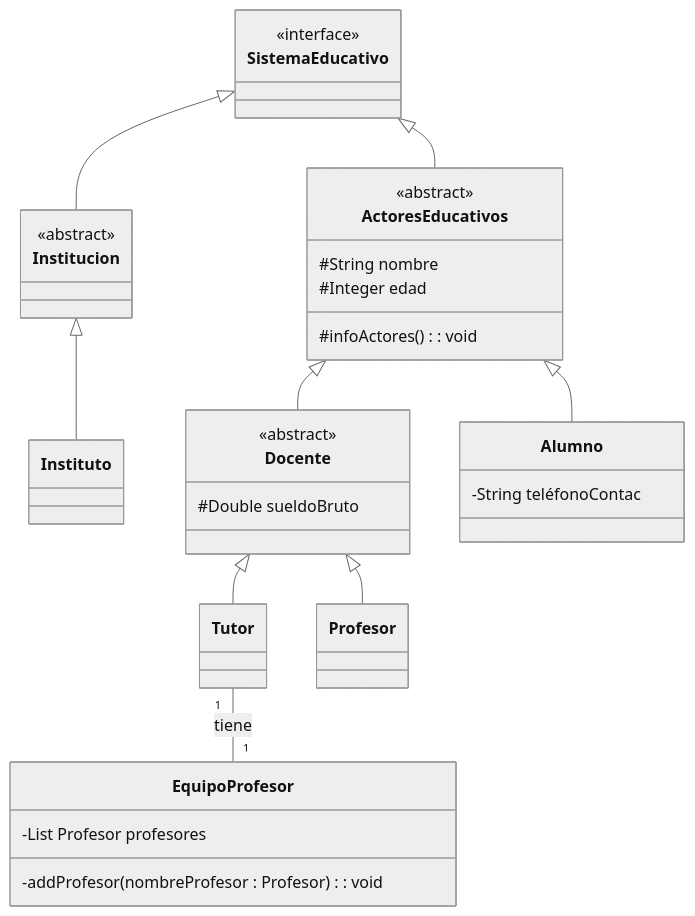
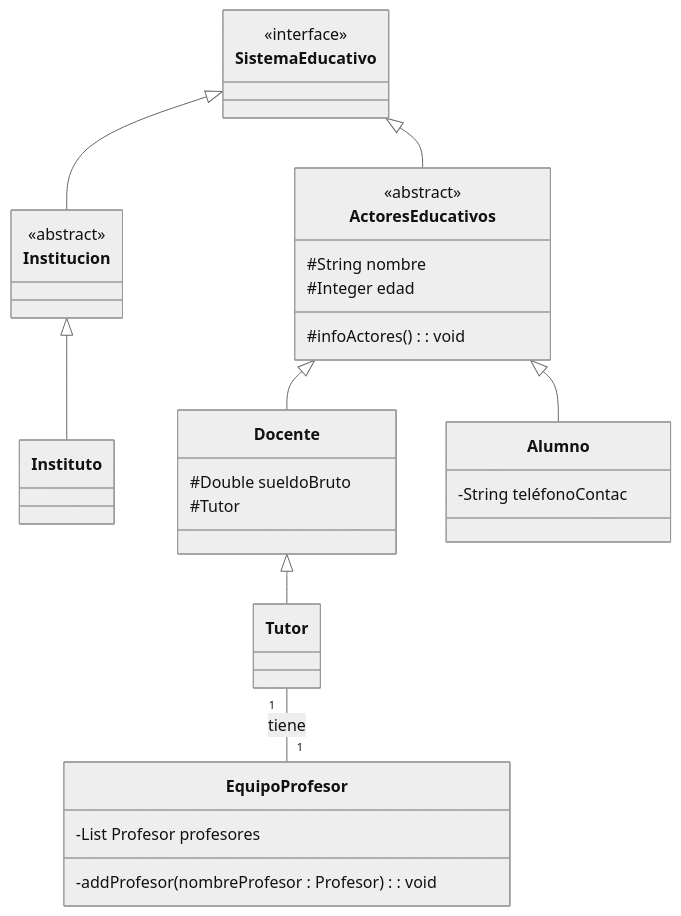
Before and after one commit to savamidev/MiguelSanchez-1DAW: the diagram in EEDD/Ejercicio UML/Ejercicio1.md, drawn with Mermaid (neutral theme). The commit also changed 17 other files, not shown here.

````diff
--- a/EEDD/Ejercicio UML/Ejercicio1.md
+++ b/EEDD/Ejercicio UML/Ejercicio1.md
@@ -1,61 +1,54 @@
 ```mermaid
     classDiagram
     class SistemaEducativo {
         <<interface>>
         
     }
 
     class Institucion {
         <<abstract>>
         
     }
     
     class Instituto {
-
-        
+  
     }
 
     class  ActoresEducativos{
         <<abstract>>
         #String nombre
         #Integer edad
         #infoActores() : void
     }
 
     class  Docente{
-       <<abstract>>
        #Double sueldoBruto
+       #Tutor 
     }
 
     
     class  Tutor{
     
     }
 
     
     class  EquipoProfesor{
     -List Profesor profesores
     -addProfesor(nombreProfesor : Profesor) : void
     }
 
     
-    class  Profesor{
-    }
-
-    
     class  Alumno{
         -String teléfonoContac
     }
 
 
     SistemaEducativo <|-- Institucion
     SistemaEducativo <|-- ActoresEducativos
     Institucion <|-- Instituto
     ActoresEducativos <|-- Docente
     ActoresEducativos <|-- Alumno
     Docente <|-- Tutor
-    Docente <|-- Profesor
     Tutor "1" -- "1" EquipoProfesor : tiene
     
-    
 ```
````
